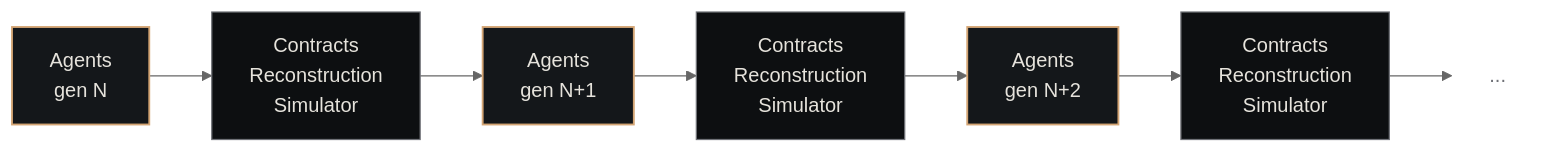
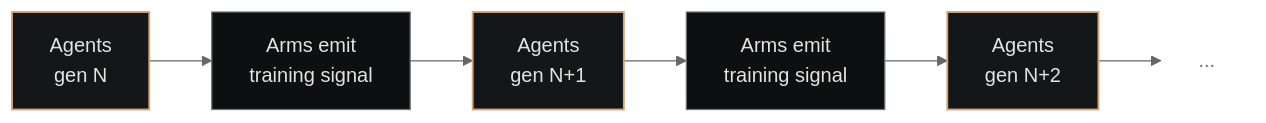
The third of 3 diagrams in docs/architecture/flywheel.md (nexus-holdings/nexus-docs), drawn with Mermaid (neutral theme) before and after one commit. The commit also changed other lines of this file and 8 other files, not shown here.

````diff
--- a/docs/architecture/flywheel.md
+++ b/docs/architecture/flywheel.md
@@ -107,16 +107,15 @@
 ```mermaid
 flowchart LR
-    A0[Agents<br/>gen N] --> ARM0[Contracts<br/>Reconstruction<br/>Simulator]
+    A0[Agents<br/>gen N] --> ARM0[Arms emit<br/>training signal]
     ARM0 --> A1[Agents<br/>gen N+1]
-    A1 --> ARM1[Contracts<br/>Reconstruction<br/>Simulator]
+    A1 --> ARM1[Arms emit<br/>training signal]
     ARM1 --> A2[Agents<br/>gen N+2]
-    A2 --> ARM2[Contracts<br/>Reconstruction<br/>Simulator]
-    ARM2 --> DOTS[ ... ]
+    A2 --> DOTS[ ... ]
 
     classDef agents fill:#14171A,stroke:#D4A574,color:#E6E3DC,stroke-width:1.5px
     classDef arms fill:#0D0F11,stroke:#6F7177,color:#E6E3DC,stroke-width:1px
     classDef dots fill:none,stroke:none,color:#6F7177
     class A0,A1,A2 agents
-    class ARM0,ARM1,ARM2 arms
+    class ARM0,ARM1 arms
     class DOTS dots
 ```
````
